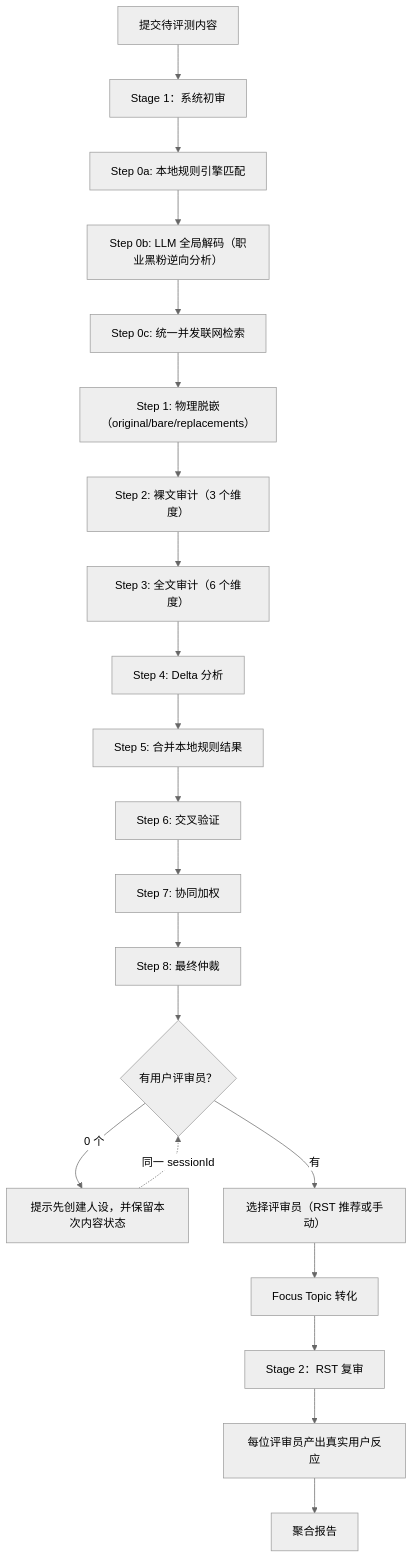
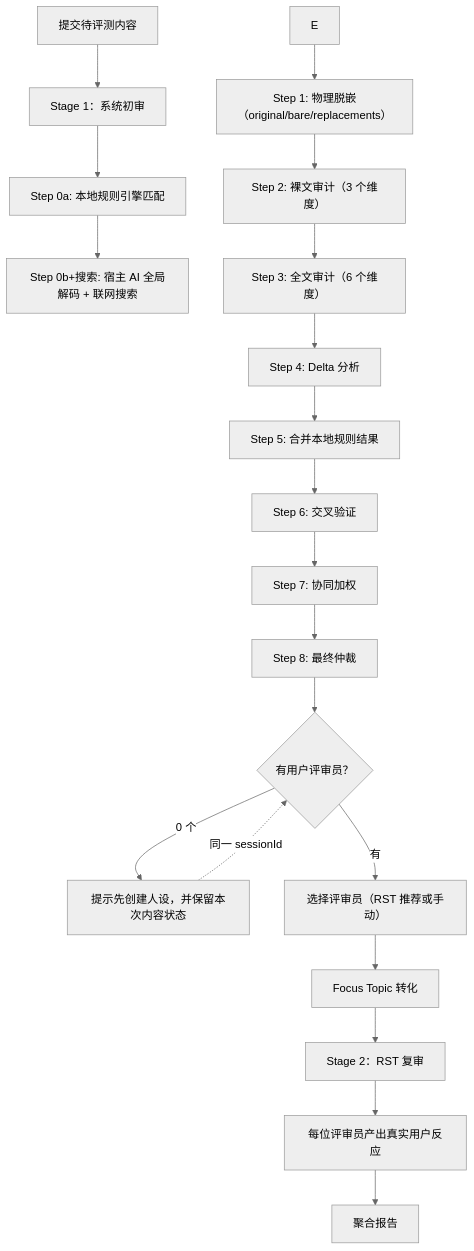
One commit to ChurzeXo/kevlar-4u changed the first of 7 diagrams in docs/README.zh.md. Above: the diagram before and after it, drawn with Mermaid (neutral theme). The commit also changed other lines of this file and 8 other files, not shown here.

````diff
--- a/docs/README.zh.md
+++ b/docs/README.zh.md
@@ -131,23 +131,22 @@
 ```mermaid
 flowchart TD
   A["提交待评测内容"] --> B["Stage 1：系统初审"]
   B --> C["Step 0a: 本地规则引擎匹配"]
-  C --> D["Step 0b: LLM 全局解码（职业黑粉逆向分析）"]
-  D --> E["Step 0c: 统一并发联网检索"]
+  C --> D["Step 0b+搜索: 宿主 AI 全局解码 + 联网搜索"]
   E --> F["Step 1: 物理脱嵌（original/bare/replacements）"]
   F --> G["Step 2: 裸文审计（3 个维度）"]
   G --> H["Step 3: 全文审计（6 个维度）"]
   H --> I["Step 4: Delta 分析"]
   I --> J["Step 5: 合并本地规则结果"]
   J --> K["Step 6: 交叉验证"]
   K --> L["Step 7: 协同加权"]
   L --> M["Step 8: 最终仲裁"]
   M --> N{"有用户评审员？"}
   N -->|0 个| O["提示先创建人设，并保留本次内容状态"]
   O -.->|"同一 sessionId"| N
   N -->|有| P["选择评审员（RST 推荐或手动）"]
   P --> Q["Focus Topic 转化"]
   Q --> R["Stage 2：RST 复审"]
   R --> S["每位评审员产出真实用户反应"]
   S --> T["聚合报告"]
 ```
````
